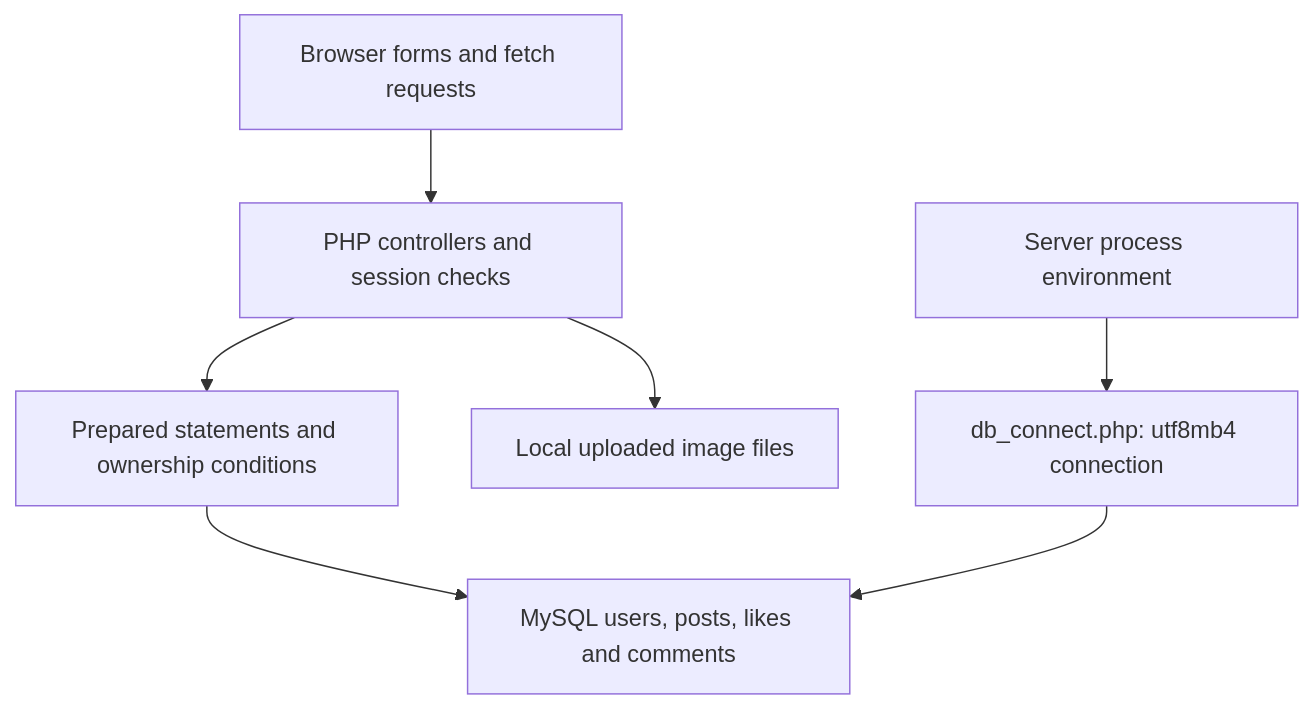
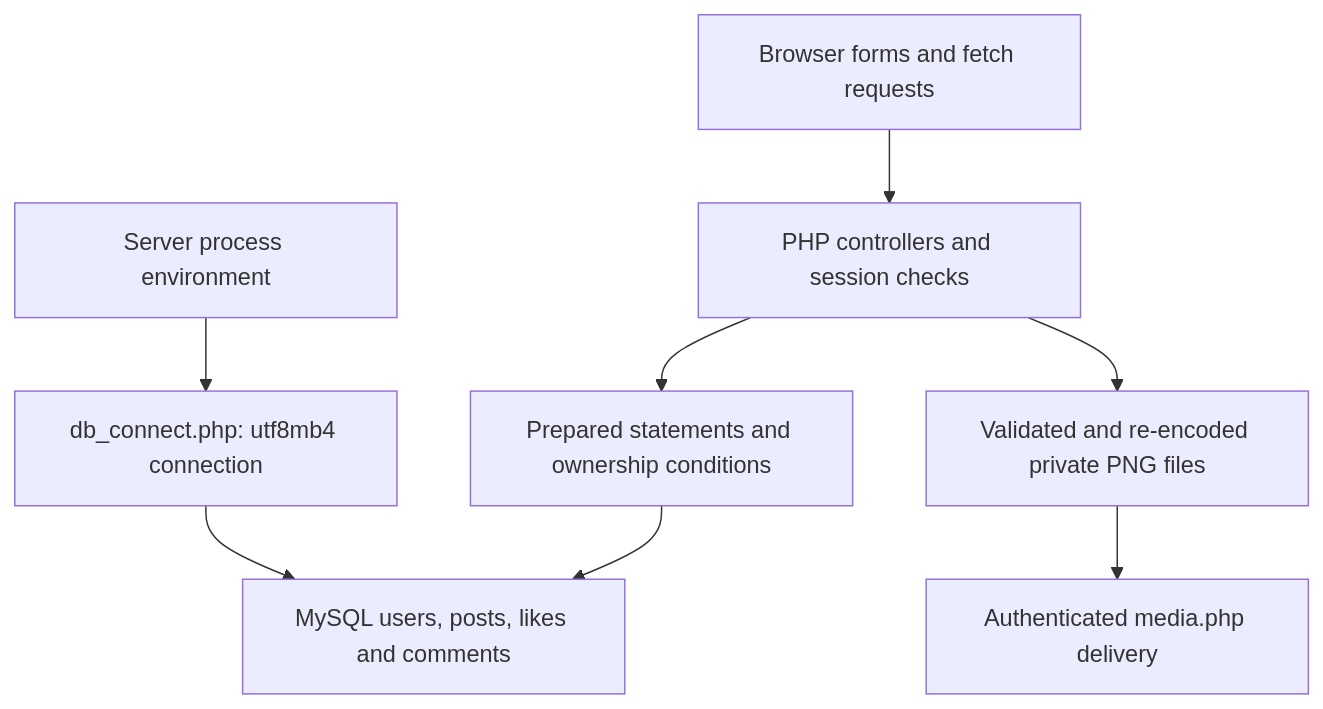
One commit to jyotheshkar/web-tech changed the diagram in docs/ARCHITECTURE.md. Above: the diagram before and after it, drawn with Mermaid. The commit also changed other lines of this file and 22 other files, not shown here.

````diff
--- a/docs/ARCHITECTURE.md
+++ b/docs/ARCHITECTURE.md
@@ -7,9 +7,10 @@
 ```mermaid
 flowchart TD
     B["Browser forms and fetch requests"] --> C["PHP controllers and session checks"]
     C --> A["Prepared statements and ownership conditions"]
     A --> M["MySQL users, posts, likes and comments"]
-    C --> U["Local uploaded image files"]
+    C --> U["Validated and re-encoded private PNG files"]
+    U --> I["Authenticated media.php delivery"]
     E["Server process environment"] --> D["db_connect.php: utf8mb4 connection"]
     D --> M
 ```
````
